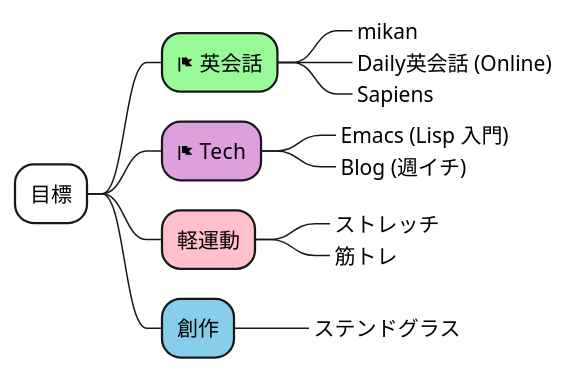
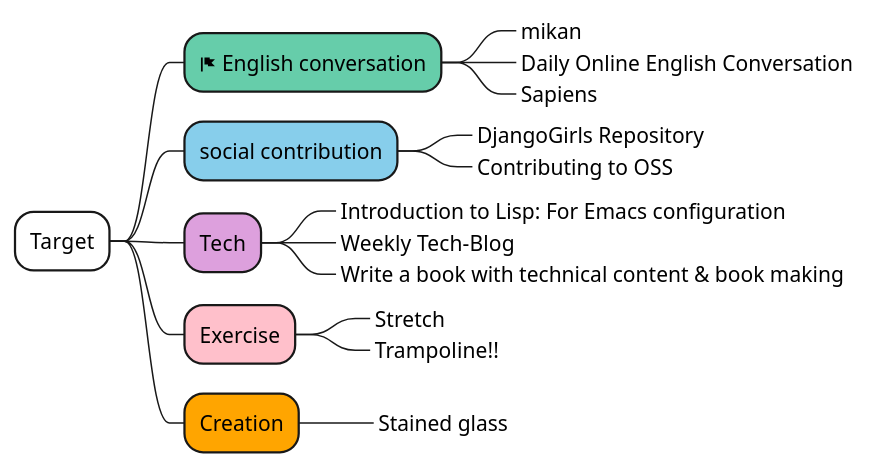
One commit to Ishizuka427/MindMap changed the diagram in test.puml. Above: the diagram before and after it, drawn with PlantUML. The commit also changed 1 other file, not shown here.

Commit message:
Update Target

```diff
--- a/test.puml
+++ b/test.puml
@@ -1,15 +1,19 @@
 @startmindmap
-*[#white] 目標
-**[#palegreen] <&flag> 英会話
+*[#white] Target
+**[#mediumaquamarine] <&flag> English conversation
 ***_ mikan
-***_ Daily英会話 (Online)
+***_ Daily Online English Conversation
 ***_ Sapiens
-**[#plum] <&flag> Tech
-***_ Emacs (Lisp 入門)
-***_ Blog (週イチ)
-**[#pink] 軽運動
-***_ ストレッチ
-***_ 筋トレ
-**[#skyblue] 創作
-***_ ステンドグラス
+**[#skyblue] social contribution
+***_ DjangoGirls Repository
+***_ Contributing to OSS
+**[#plum] Tech
+***_ Introduction to Lisp: For Emacs configuration
+***_ Weekly Tech-Blog
+***_ Write a book with technical content & book making
+**[#pink] Exercise
+***_ Stretch
+***_ Trampoline!!
+**[#orange] Creation
+***_ Stained glass
 @endmindmap
```
